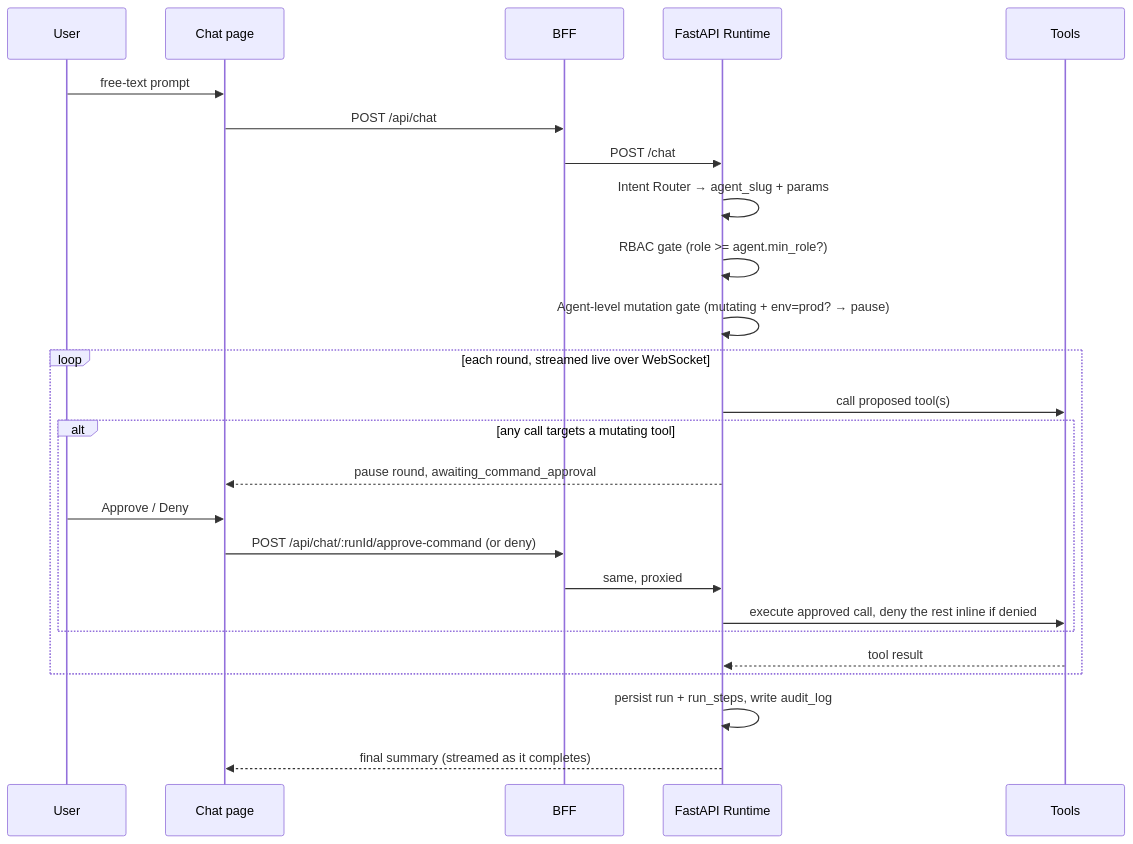
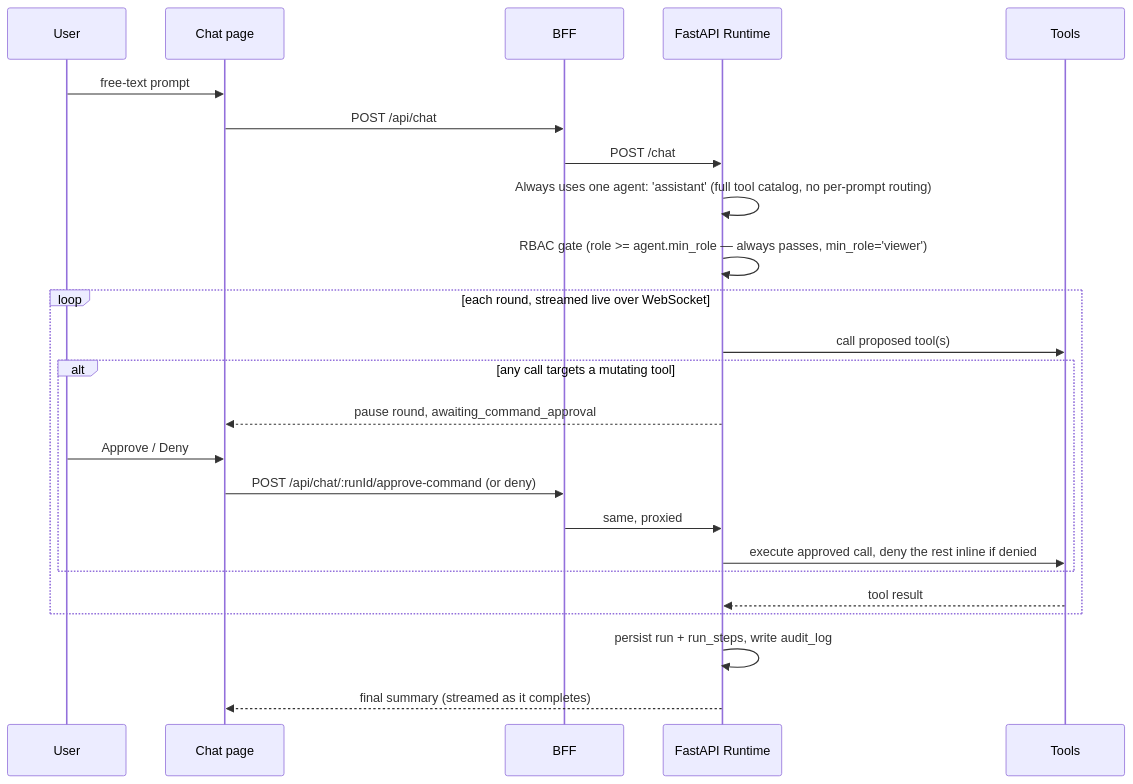
Before and after one commit to rupeshofficedata/OpsSquad: the third of 4 diagrams in docs/guide/02-architecture.md, drawn with Mermaid. The commit also changed other lines of this file and 6 other files, not shown here.

First line of the commit message:
docs: update guide/STATE/AI-CONTEXT for generalist chat agent + gate incident

````diff
--- a/docs/guide/02-architecture.md
+++ b/docs/guide/02-architecture.md
@@ -70,28 +70,27 @@
 ```mermaid
 sequenceDiagram
     participant U as User
     participant C as Chat page
     participant B as BFF
     participant R as FastAPI Runtime
     participant T as Tools
 
     U->>C: free-text prompt
     C->>B: POST /api/chat
     B->>R: POST /chat
-    R->>R: Intent Router → agent_slug + params
-    R->>R: RBAC gate (role >= agent.min_role?)
-    R->>R: Agent-level mutation gate (mutating + env=prod? → pause)
+    R->>R: Always uses one agent: 'assistant' (full tool catalog, no per-prompt routing)
+    R->>R: RBAC gate (role >= agent.min_role — always passes, min_role='viewer')
     loop each round, streamed live over WebSocket
         R->>T: call proposed tool(s)
         alt any call targets a mutating tool
             R-->>C: pause round, awaiting_command_approval
             U->>C: Approve / Deny
             C->>B: POST /api/chat/:runId/approve-command (or deny)
             B->>R: same, proxied
             R->>T: execute approved call, deny the rest inline if denied
         end
         T-->>R: tool result
     end
     R->>R: persist run + run_steps, write audit_log
     R-->>C: final summary (streamed as it completes)
 ```
````
